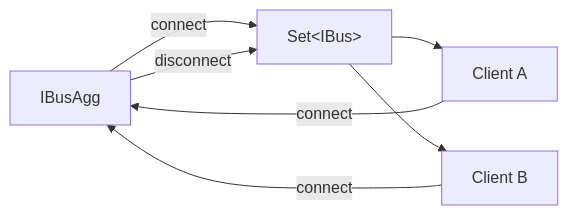
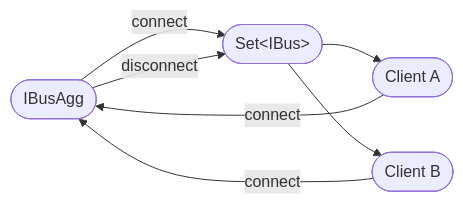
Before and after one commit to shinka-rpc/shinka-js: the first of 2 diagrams in docs/scenarios/client-registry.md, drawn with Mermaid. The commit also changed 2 other files, not shown here.

Commit message:
Fix mermaid diagrams

````diff
--- a/docs/scenarios/client-registry.md
+++ b/docs/scenarios/client-registry.md
@@ -16,11 +16,11 @@
 ```mermaid
 flowchart LR
-    A[IBusAgg] -->|connect| R[Set&lt;IBus&gt;]
+    A([IBusAgg]) -->|connect| R([Set&lt;IBus&gt;])
     A -->|disconnect| R
 
-    C1[Client A] -->|connect| A
-    C2[Client B] -->|connect| A
+    C1([Client A]) -->|connect| A
+    C2([Client B]) -->|connect| A
 
     R --> C1
     R --> C2
 ```
````
